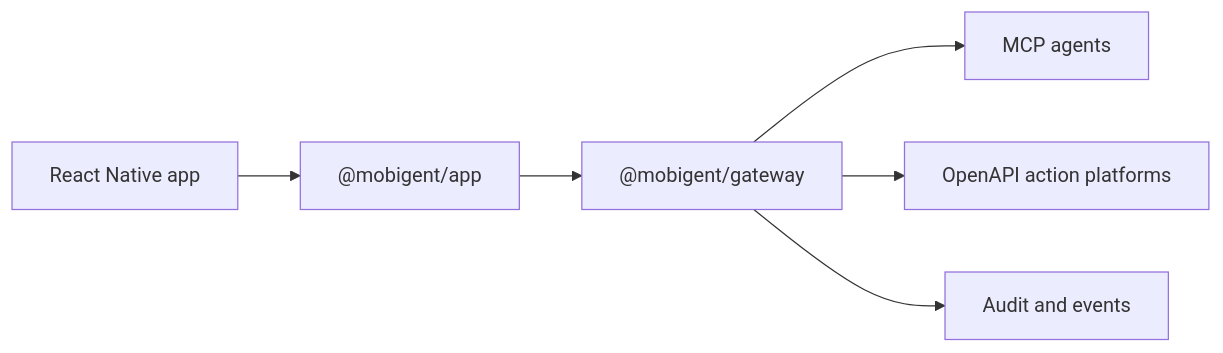
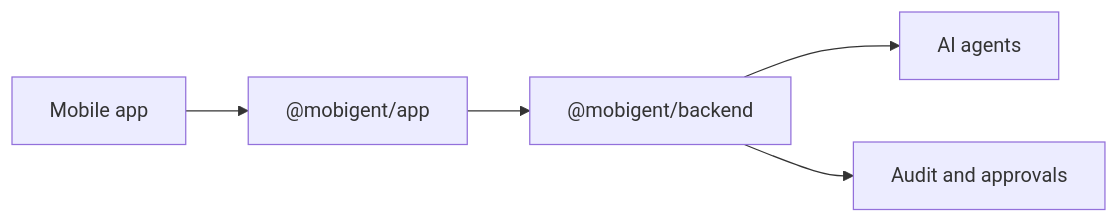
One commit to mobigent/mobigent changed the diagram in apps/docs/docs/intro.md. Above: the diagram before and after it, drawn with Mermaid. The commit also changed other lines of this file and 17 other files, not shown here.

Commit message:
Simplify app backend integration path

````diff
--- a/apps/docs/docs/intro.md
+++ b/apps/docs/docs/intro.md
@@ -21,8 +20,7 @@
 ```mermaid
 flowchart LR
-  App["React Native app"] --> SDK["@mobigent/app"]
-  SDK --> Gateway["@mobigent/gateway"]
-  Gateway --> MCP["MCP agents"]
-  Gateway --> OpenAPI["OpenAPI action platforms"]
-  Gateway --> Logs["Audit and events"]
+  App["Mobile app"] --> AppSDK["@mobigent/app"]
+  AppSDK --> Backend["@mobigent/backend"]
+  Backend --> Agent["AI agents"]
+  Backend --> Logs["Audit and approvals"]
 ```
````
